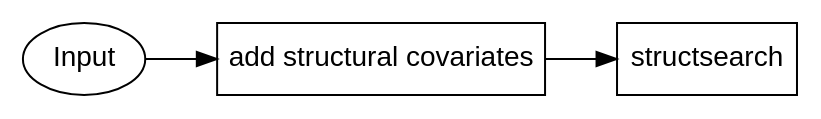
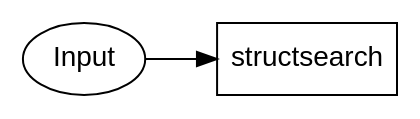
The second of 3 diagrams in docs/amd_pkpd.rst (pharmpy/pharmpy), drawn with Graphviz before and after one commit. The commit also changed other lines of this file, not shown here.

Commit message:
Update AMD PKPD documentation with removed structural covariates

```diff
--- a/docs/amd_pkpd.rst
+++ b/docs/amd_pkpd.rst
@@ -115,12 +115,10 @@
 .. graphviz::
 
     digraph BST {
             node [fontname="Arial",shape="rect"];
             rankdir="LR";
             base [label="Input", shape="oval"]
-            s0 [label="add structural covariates"]
-            s1 [label="structsearch"]
+            s0 [label="structsearch"]
 
             base -> s0
-            s0 -> s1
         }
```
